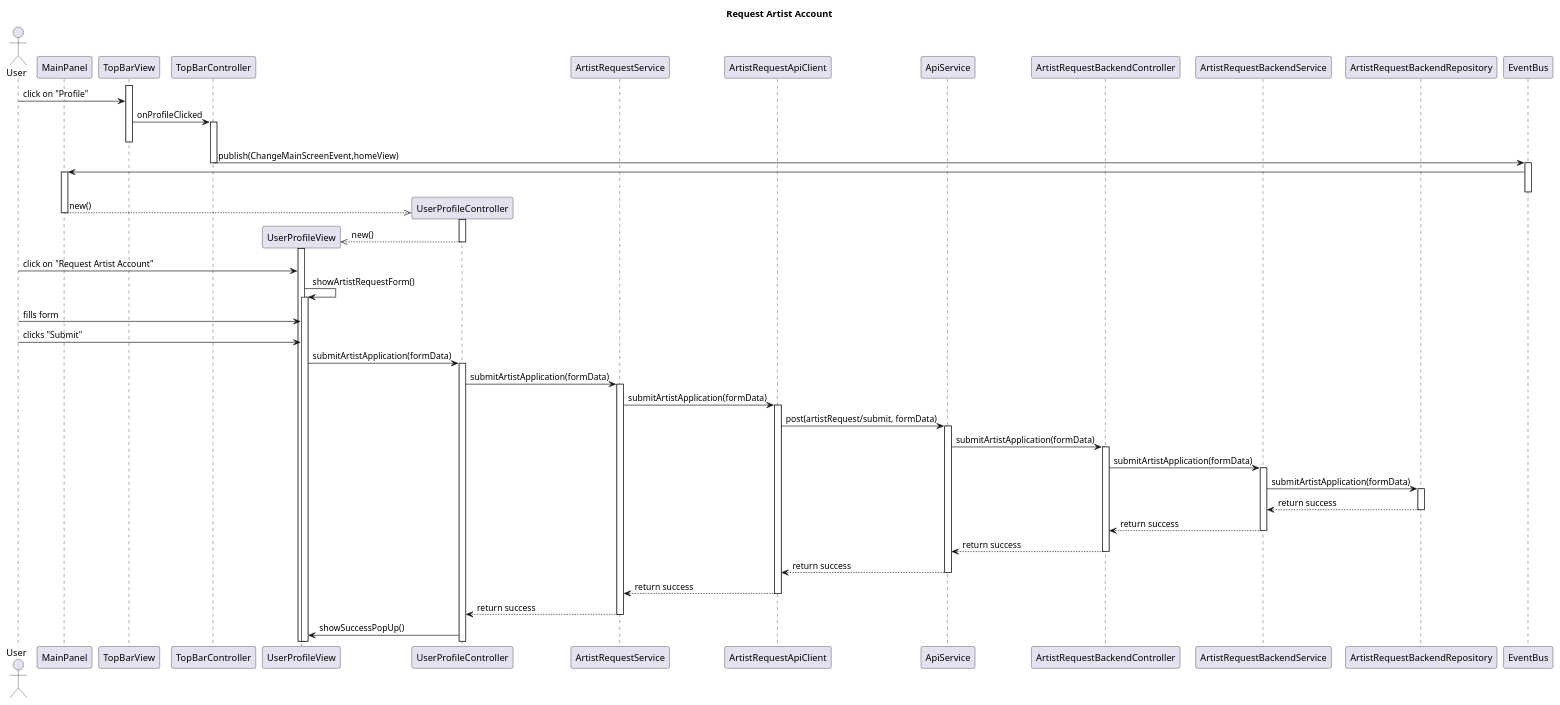
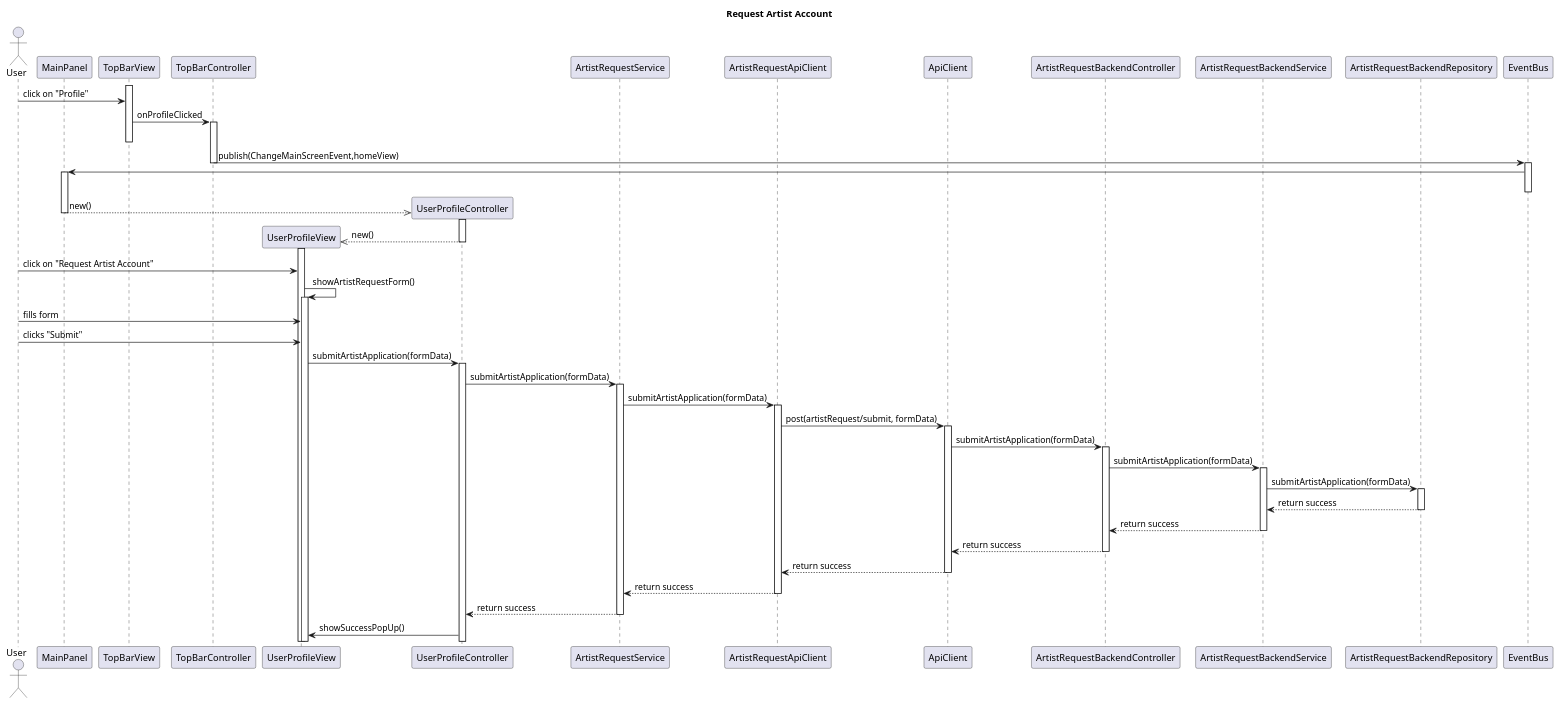
One commit to RubenKingCP/Tunix changed the diagram in Paradoteo_4/SequenceDiagrams-v0.3/RequestArtistAccount.puml. Above: the diagram before and after it, drawn with PlantUML. The commit also changed 40 other files, not shown here.

```diff
--- a/Paradoteo_4/SequenceDiagrams-v0.3/RequestArtistAccount.puml
+++ b/Paradoteo_4/SequenceDiagrams-v0.3/RequestArtistAccount.puml
@@ -1,75 +1,75 @@
 @startuml RequestArtistAccount
 
 title Request Artist Account
 
 actor User
 
 participant MainPanel
 participant TopBarView
 participant TopBarController
 participant UserProfileView
 participant UserProfileController
 participant ArtistRequestService
 participant ArtistRequestApiClient
-participant ApiService
+participant ApiClient
 participant ArtistRequestBackendController
 participant ArtistRequestBackendService
 participant ArtistRequestBackendRepository
 
 
 participant EventBus
 
 activate TopBarView
 User -> TopBarView : click on "Profile"
 TopBarView -> TopBarController : onProfileClicked
 activate TopBarController
 deactivate TopBarView
 TopBarController -> EventBus : publish(ChangeMainScreenEvent,homeView)
 deactivate TopBarController
 activate EventBus
 EventBus -> MainPanel
 activate MainPanel
 deactivate EventBus
 create UserProfileController
 MainPanel -->> UserProfileController : new()
 activate UserProfileController
 deactivate MainPanel
 create UserProfileView
 UserProfileController -->> UserProfileView : new()
 activate UserProfileView
 deactivate UserProfileController
 User -> UserProfileView : click on "Request Artist Account"
 UserProfileView -> UserProfileView : showArtistRequestForm()
 activate UserProfileView
 User -> UserProfileView : fills form
 User -> UserProfileView : clicks "Submit"
 UserProfileView -> UserProfileController : submitArtistApplication(formData)
 activate UserProfileController
 UserProfileController -> ArtistRequestService : submitArtistApplication(formData)
 activate ArtistRequestService
 ArtistRequestService -> ArtistRequestApiClient : submitArtistApplication(formData)
 activate ArtistRequestApiClient
-ArtistRequestApiClient -> ApiService : post(artistRequest/submit, formData)
-activate ApiService
-ApiService -> ArtistRequestBackendController : submitArtistApplication(formData)
+ArtistRequestApiClient -> ApiClient : post(artistRequest/submit, formData)
+activate ApiClient
+ApiClient -> ArtistRequestBackendController : submitArtistApplication(formData)
 activate ArtistRequestBackendController
 ArtistRequestBackendController -> ArtistRequestBackendService : submitArtistApplication(formData)
 activate ArtistRequestBackendService
 ArtistRequestBackendService -> ArtistRequestBackendRepository : submitArtistApplication(formData)
 activate ArtistRequestBackendRepository
 ArtistRequestBackendRepository --> ArtistRequestBackendService : return success
 deactivate ArtistRequestBackendRepository
 ArtistRequestBackendService --> ArtistRequestBackendController : return success
 deactivate ArtistRequestBackendService
-ArtistRequestBackendController --> ApiService : return success
+ArtistRequestBackendController --> ApiClient : return success
 deactivate ArtistRequestBackendController
-ApiService --> ArtistRequestApiClient : return success
-deactivate ApiService
+ApiClient --> ArtistRequestApiClient : return success
+deactivate ApiClient
 ArtistRequestApiClient --> ArtistRequestService : return success
 deactivate ArtistRequestApiClient
 ArtistRequestService --> UserProfileController : return success
 deactivate ArtistRequestService
 UserProfileController -> UserProfileView : showSuccessPopUp()
 
 
 @enduml
```
